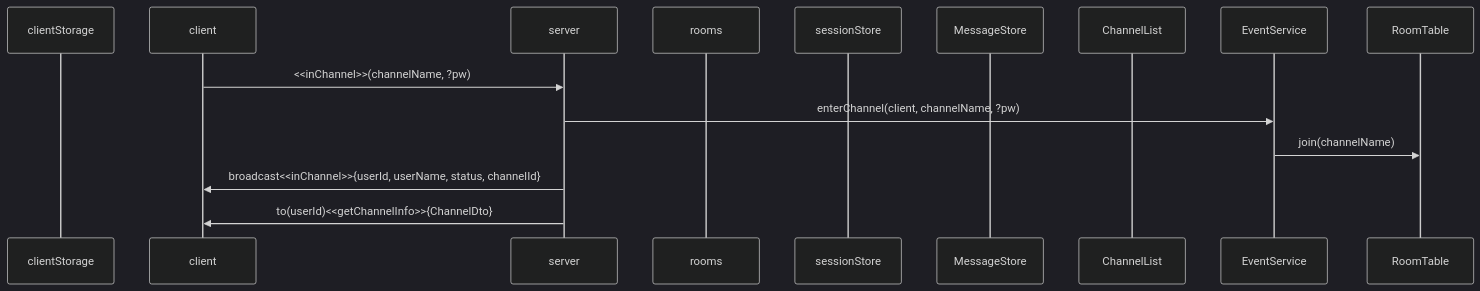
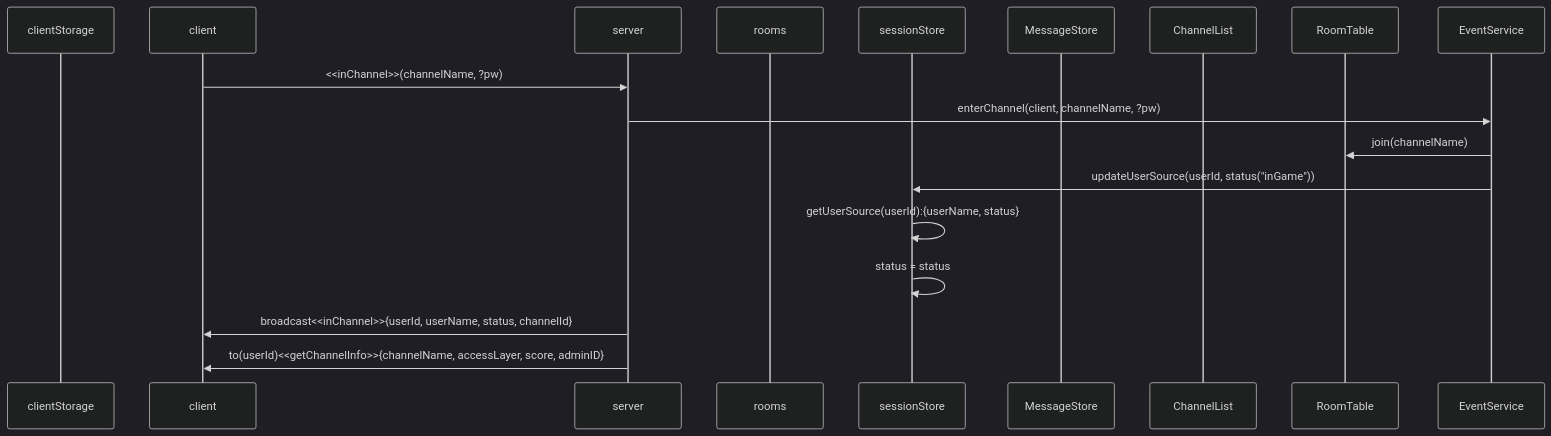
The fourth of 19 diagrams in backend/node/app/event.md (mtak0235/simmons_transcendence), drawn with Mermaid (dark theme) before and after one commit. The commit also changed other lines of this file, not shown here.

````diff
--- a/backend/node/app/event.md
+++ b/backend/node/app/event.md
@@ -96,18 +93,21 @@
 ```mermaid
 sequenceDiagram
 participant cls as clientStorage
 participant c as client
 participant ga as server
 participant r as rooms
 participant ss as sessionStore
 participant ms as MessageStore
 participant cns as ChannelList
+participant rt as RoomTable
 participant cs as EventService
-participant rt as RoomTable
 
 c->>ga: <<inChannel>>(channelName, ?pw)
 ga->>cs: enterChannel(client, channelName, ?pw)
 cs->>rt: join(channelName)
+cs->>ss: updateUserSource(userId, status("inGame"))
+ss->>ss: getUserSource(userId):{userName, status}
+ss->>ss: status = status
 ga->>c: broadcast<<inChannel>>{userId, userName, status, channelId}
-ga->>c: to(userId)<<getChannelInfo>>{ChannelDto}
+ga->>c: to(userId)<<getChannelInfo>>{channelName,  accessLayer, score, adminID}
 ```
````
